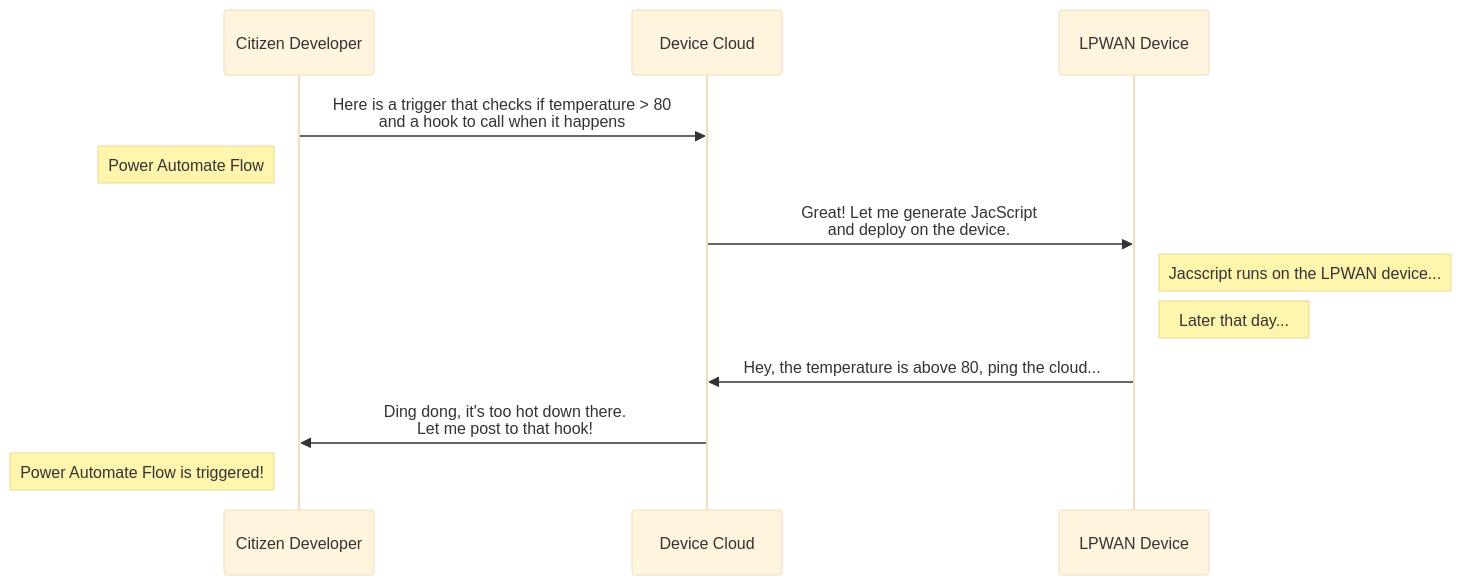
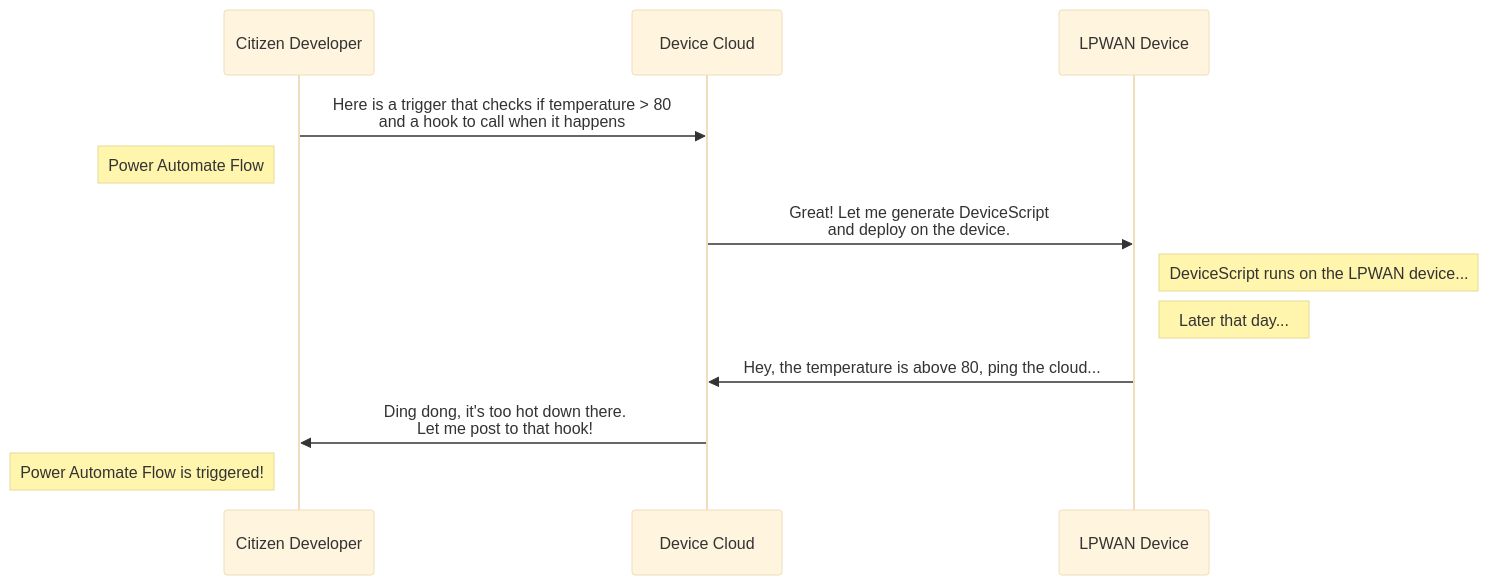
Before and after one commit to microsoft/devicescript: the first of 2 diagrams in website/docs/DeveloperExperience/architecture.md, drawn with Mermaid (base theme). The commit also changed other lines of this file and 3 other files, not shown here.

````diff
--- a/website/docs/DeveloperExperience/architecture.md
+++ b/website/docs/DeveloperExperience/architecture.md
@@ -16,14 +16,14 @@
 ```mermaid
 sequenceDiagram
     participant CD as Citizen Developer
     participant DV as Device Cloud
     participant D as LPWAN Device
     CD->>DV: Here is a trigger that checks if temperature > 80<br/> and a hook to call when it happens
     Note left of CD: Power Automate Flow
-    DV->>D: Great! Let me generate JacScript <br/> and deploy on the device.
-    Note right of D: Jacscript runs on the LPWAN device...
+    DV->>D: Great! Let me generate DeviceScript <br/> and deploy on the device.
+    Note right of D: DeviceScript runs on the LPWAN device...
     Note right of D: Later that day...
     D->>DV: Hey, the temperature is above 80, ping the cloud...
     DV->>CD: Ding dong, it's too hot down there. <br/>Let me post to that hook!
     Note left of CD: Power Automate Flow is triggered!
 ```
````
